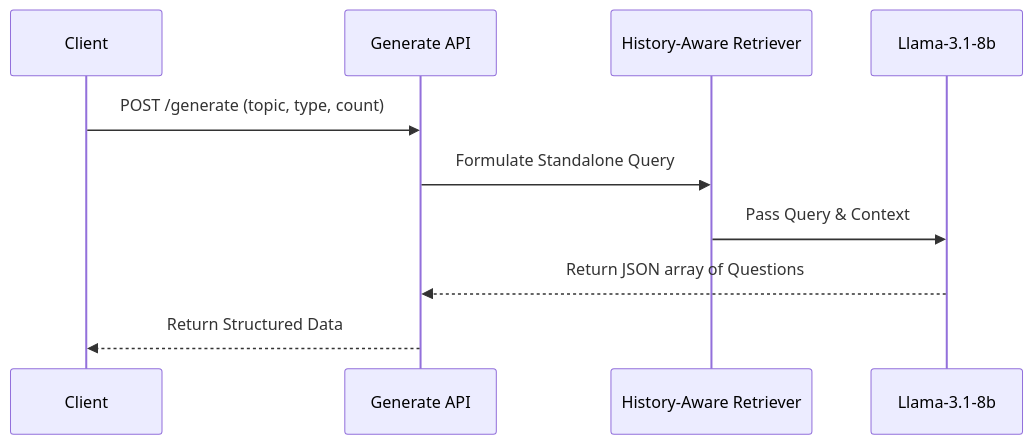
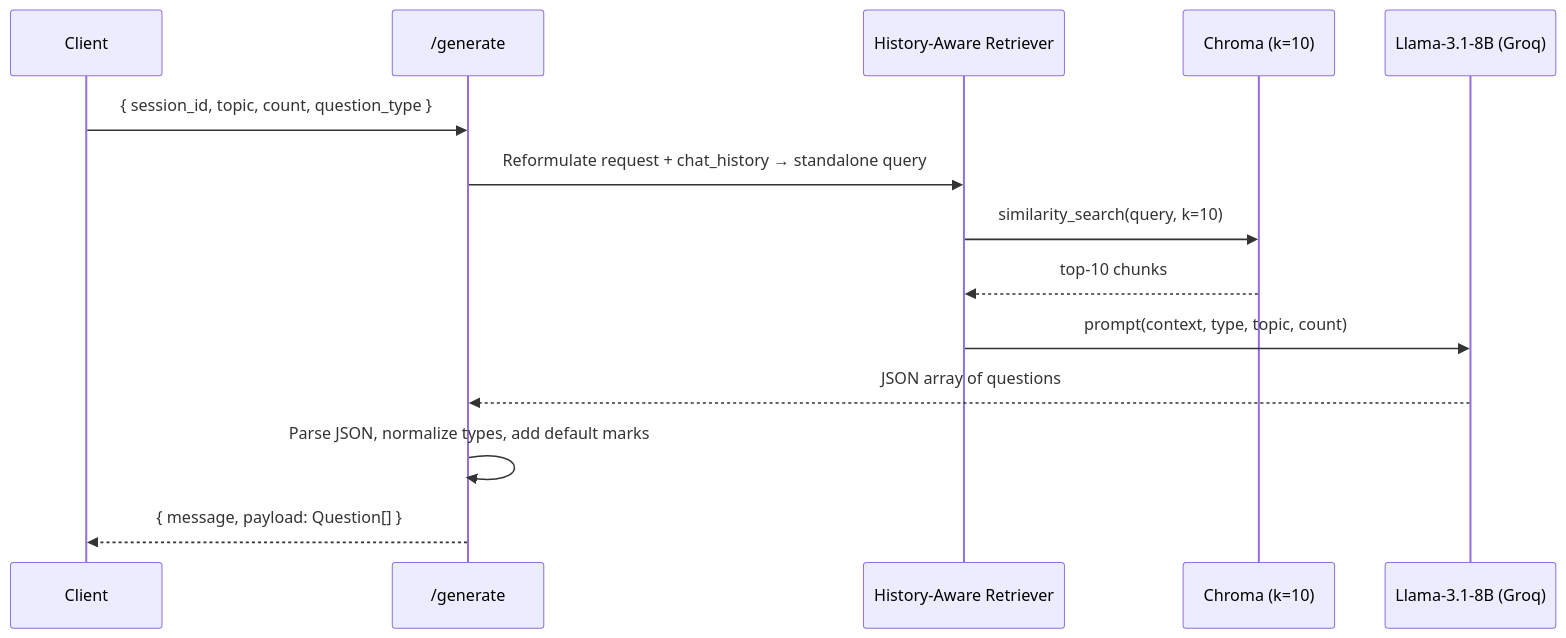
Before and after one commit to Lasyareddy26/EduAI: the second of 3 diagrams in rag_architecture.md, drawn with Mermaid. The commit also changed other lines of this file, not shown here.

Commit message:
docs: update RAG architecture documentation with detailed component breakdown and flowcharts

````diff
--- a/rag_architecture.md
+++ b/rag_architecture.md
@@ -30,13 +85,17 @@
 ```mermaid
 sequenceDiagram
     participant C as Client
-    participant API as Generate API
+    participant API as /generate
     participant H as History-Aware Retriever
-    participant LLM as Llama-3.1-8b
+    participant V as Chroma (k=10)
+    participant LLM as Llama-3.1-8B (Groq)
 
-    C->>API: POST /generate (topic, type, count)
-    API->>H: Formulate Standalone Query
-    H->>LLM: Pass Query & Context
-    LLM-->>API: Return JSON array of Questions
-    API-->>C: Return Structured Data
+    C->>API: { session_id, topic, count, question_type }
+    API->>H: Reformulate request + chat_history → standalone query
+    H->>V: similarity_search(query, k=10)
+    V-->>H: top-10 chunks
+    H->>LLM: prompt(context, type, topic, count)
+    LLM-->>API: JSON array of questions
+    API->>API: Parse JSON, normalize types, add default marks
+    API-->>C: { message, payload: Question[] }
 ```
````
